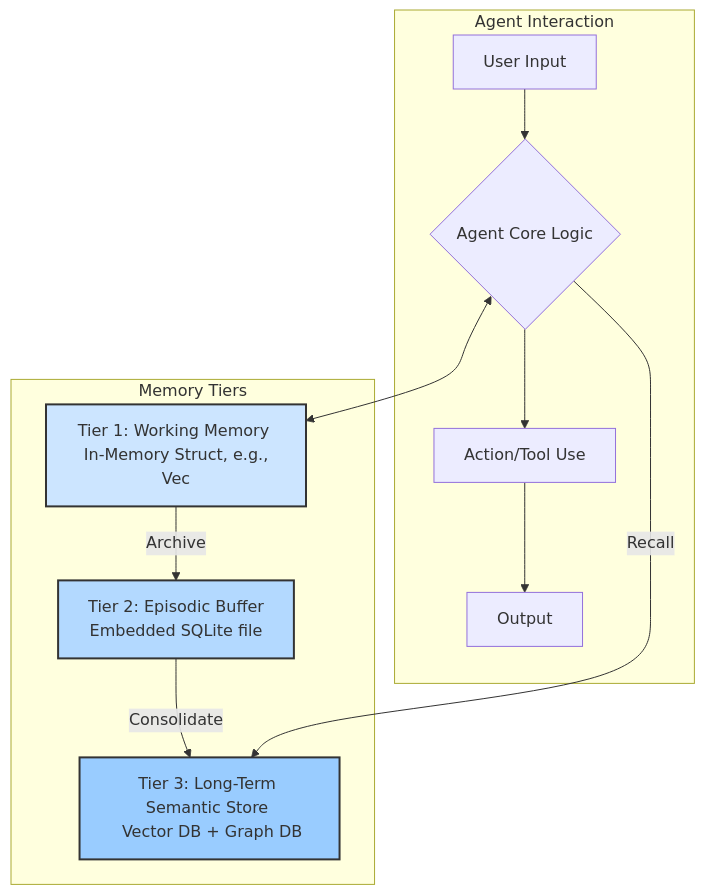
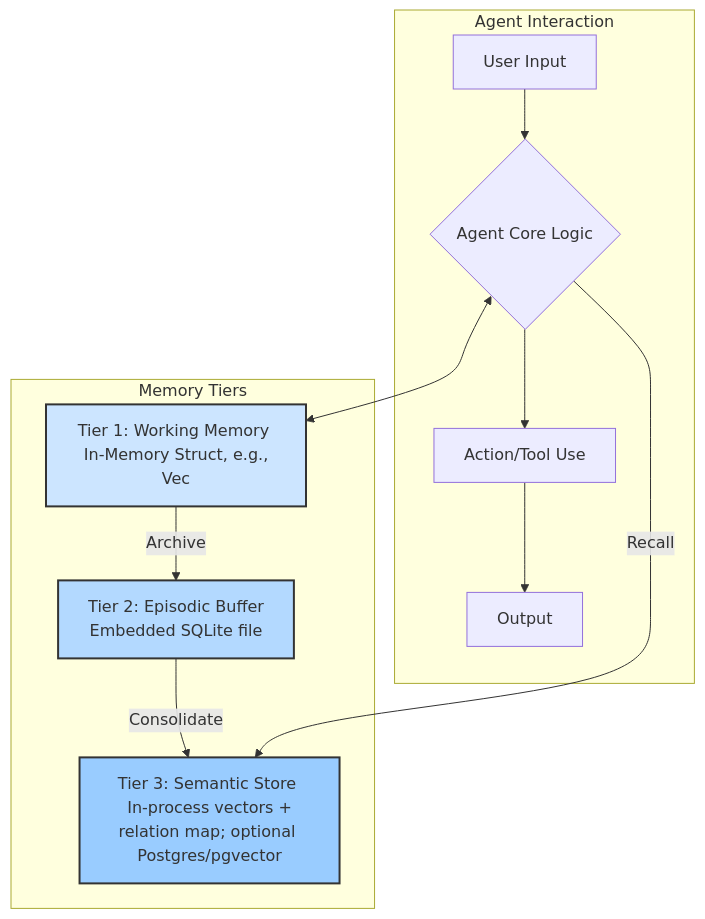
Before and after one commit to yarenty/kowalski: the diagram in docs/memory_architecture.md, drawn with Mermaid. The commit also changed other lines of this file and 27 other files, not shown here.

````diff
--- a/docs/memory_architecture.md
+++ b/docs/memory_architecture.md
@@ -27,23 +27,23 @@
 ```mermaid
 graph TD
     subgraph Agent Interaction
         A[User Input] --> B{Agent Core Logic};
         B --> C[Action/Tool Use];
         C --> D[Output];
     end
 
     subgraph Memory Tiers
         T1[Tier 1: Working Memory <br> In-Memory Struct, e.g., Vec<Message>]
         T2[Tier 2: Episodic Buffer <br> Embedded SQLite file]
-        T3[Tier 3: Long-Term Semantic Store <br> Vector DB + Graph DB]
+        T3[Tier 3: Semantic Store <br> In-process vectors + relation map; optional Postgres/pgvector]
     end
 
     B <--> T1;
     T1 -- Archive --> T2;
     T2 -- Consolidate --> T3;
     B -- Recall --> T3;
 
     style T1 fill:#cce5ff,stroke:#333,stroke-width:2px
     style T2 fill:#b3d9ff,stroke:#333,stroke-width:2px
     style T3 fill:#99ccff,stroke:#333,stroke-width:2px
 ```
````
